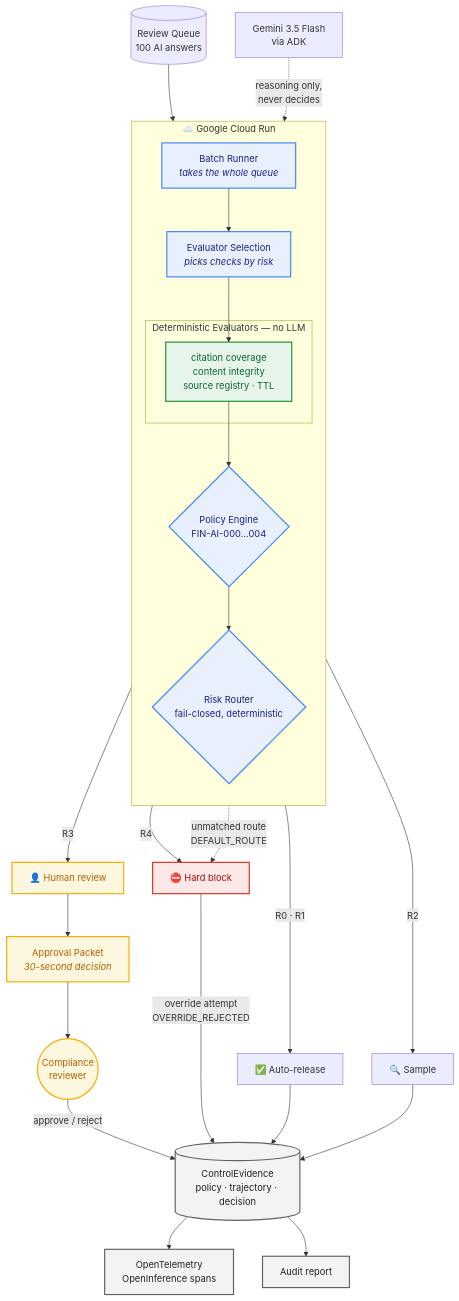
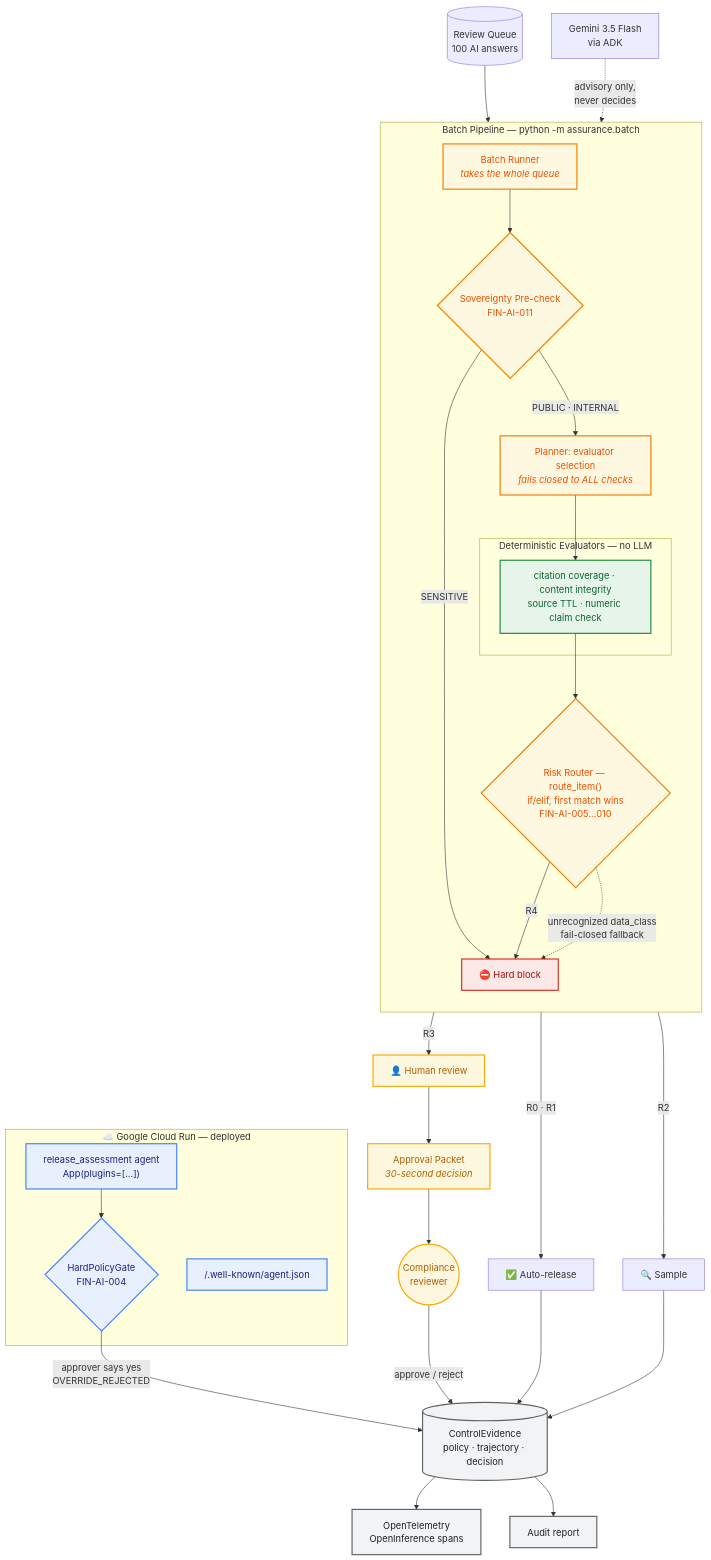
The first of 2 diagrams in docs/architecture-diagram.md (CongRenHuang/ai-assurance-pipeline), drawn with Mermaid before and after one commit. The commit also changed other lines of this file and 3 other files, not shown here.

First line of the commit message:
docs: switch to Taskmaster track, align diagram with deployed reality

````diff
--- a/docs/architecture-diagram.md
+++ b/docs/architecture-diagram.md
@@ -11,55 +11,65 @@
 ```mermaid
 flowchart TB
     Q[("Review Queue<br/>100 AI answers")] --> BATCH
 
-    subgraph GCP["☁️ Google Cloud Run"]
+    subgraph PIPE["Batch Pipeline — python -m assurance.batch"]
         direction TB
         BATCH["Batch Runner<br/><i>takes the whole queue</i>"]
-        BATCH --> SEL
+        BATCH --> SOV
 
-        SEL["Evaluator Selection<br/><i>picks checks by risk</i>"]
+        SOV{"Sovereignty Pre-check<br/>FIN-AI-011"}
+        SOV -->|"SENSITIVE"| BLOCK
+        SOV -->|"PUBLIC · INTERNAL"| SEL
+
+        SEL["Planner: evaluator selection<br/><i>fails closed to ALL checks</i>"]
         SEL --> EVAL
 
         subgraph DET["Deterministic Evaluators — no LLM"]
-            EVAL["citation coverage<br/>content integrity<br/>source registry · TTL"]
+            EVAL["citation coverage · content integrity<br/>source TTL · numeric claim check"]
         end
 
-        EVAL --> POL
-        POL{"Policy Engine<br/>FIN-AI-000…004"}
-        POL --> ROUTE
-
-        ROUTE{"Risk Router<br/>fail-closed, deterministic"}
+        EVAL --> ROUTE
+        ROUTE{"Risk Router — route_item()<br/>if/elif, first match wins<br/>FIN-AI-005…010"}
     end
 
-    GEM["Gemini 3.5 Flash<br/>via ADK"] -.->|"reasoning only,<br/>never decides"| SEL
+    subgraph GCP["☁️ Google Cloud Run — deployed"]
+        AGENT["release_assessment agent<br/>App(plugins=[...])"]
+        AGENT --> GATE{"HardPolicyGate<br/>FIN-AI-004"}
+        CARD["/.well-known/agent.json"]
+    end
+
+    GEM["Gemini 3.5 Flash<br/>via ADK"] -.->|"advisory only,<br/>never decides"| SEL
 
     ROUTE -->|R0 · R1| AUTO["✅ Auto-release"]
     ROUTE -->|R2| SAMP["🔍 Sample"]
     ROUTE -->|R3| HUMAN["👤 Human review"]
     ROUTE -->|R4| BLOCK["⛔ Hard block"]
-    ROUTE -.->|"unmatched route<br/>DEFAULT_ROUTE"| BLOCK
+    ROUTE -.->|"unrecognized data_class<br/>fail-closed fallback"| BLOCK
+
+    GATE -->|"approver says yes<br/>OVERRIDE_REJECTED"| EV
 
     HUMAN --> PKT["Approval Packet<br/><i>30-second decision</i>"]
     PKT --> REV(("Compliance<br/>reviewer"))
     REV -->|approve / reject| EV
 
-    BLOCK -->|"override attempt<br/>OVERRIDE_REJECTED"| EV
     AUTO --> EV
     SAMP --> EV
 
     EV[("ControlEvidence<br/>policy · trajectory · decision")]
     EV --> OTEL["OpenTelemetry<br/>OpenInference spans"]
     EV --> AUDIT["Audit report"]
 
     classDef gcp fill:#E8F0FE,stroke:#4285F4,stroke-width:2px,color:#1A237E
     classDef det fill:#E6F4EA,stroke:#1E8E3E,stroke-width:2px,color:#0D652D
     classDef blk fill:#FCE8E6,stroke:#D93025,stroke-width:2px,color:#A50E0E
     classDef hum fill:#FEF7E0,stroke:#F9AB00,stroke-width:2px,color:#B06000
     classDef ev fill:#F1F3F4,stroke:#5F6368,stroke-width:2px,color:#202124
+    classDef pipe fill:#FFF8E1,stroke:#F57C00,stroke-width:2px,color:#E65100
 
-    class BATCH,SEL,POL,ROUTE gcp
+    class AGENT,GATE,CARD gcp
+    class BATCH,SOV,SEL,ROUTE pipe
     class EVAL det
     class BLOCK blk
     class HUMAN,PKT,REV hum
     class EV,OTEL,AUDIT ev
 ```
````
